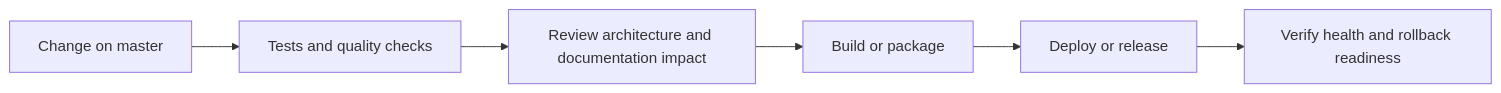
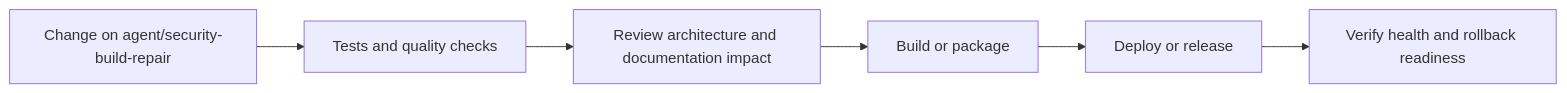
One commit to Nischhalsubba/Personal_Portfolio changed the fourth of 5 diagrams in README.md. Above: the diagram before and after it, drawn with Mermaid. The commit also changed other lines of this file, not shown here.

````diff
--- a/README.md
+++ b/README.md
@@ -139,8 +139,8 @@
 ```mermaid
 flowchart LR
-    CHANGE["Change on master"] --> CHECK["Tests and quality checks"]
+    CHANGE["Change on agent/security-build-repair"] --> CHECK["Tests and quality checks"]
     CHECK --> REVIEW["Review architecture and documentation impact"]
     REVIEW --> BUILD["Build or package"]
     BUILD --> DEPLOY["Deploy or release"]
     DEPLOY --> VERIFY["Verify health and rollback readiness"]
 ```
````
